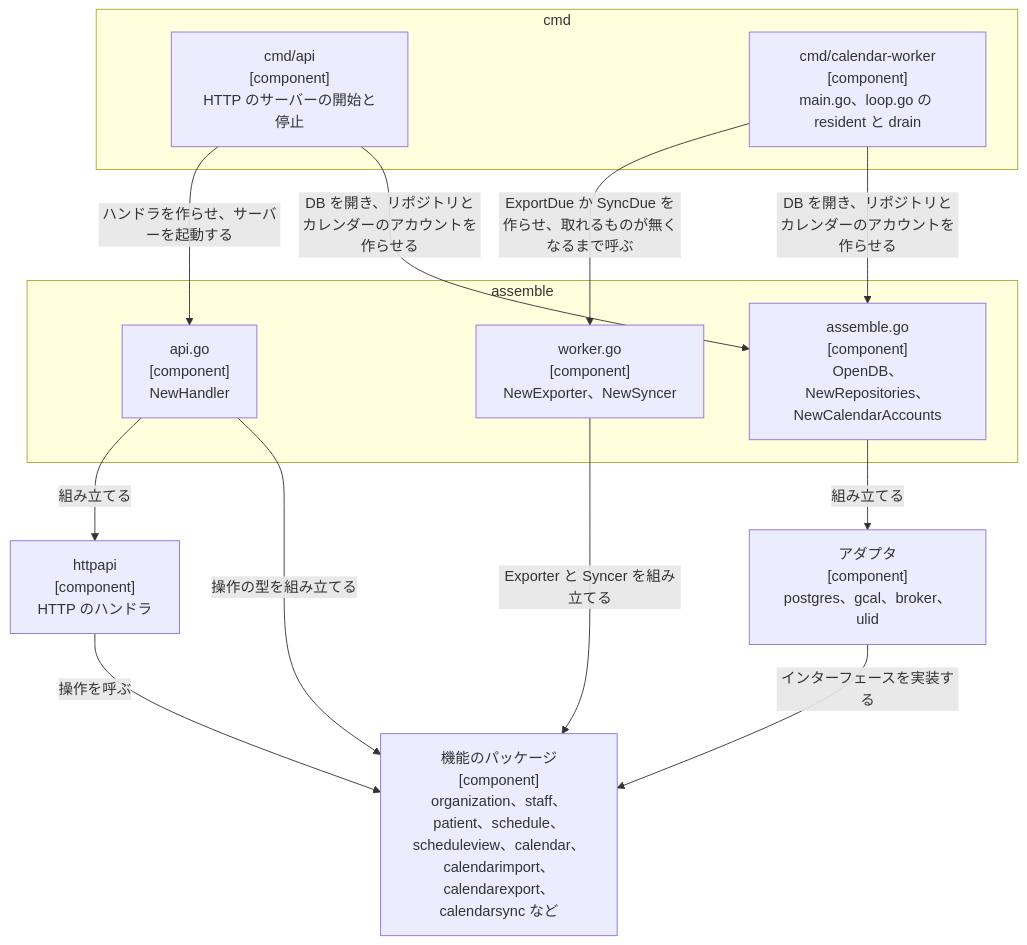
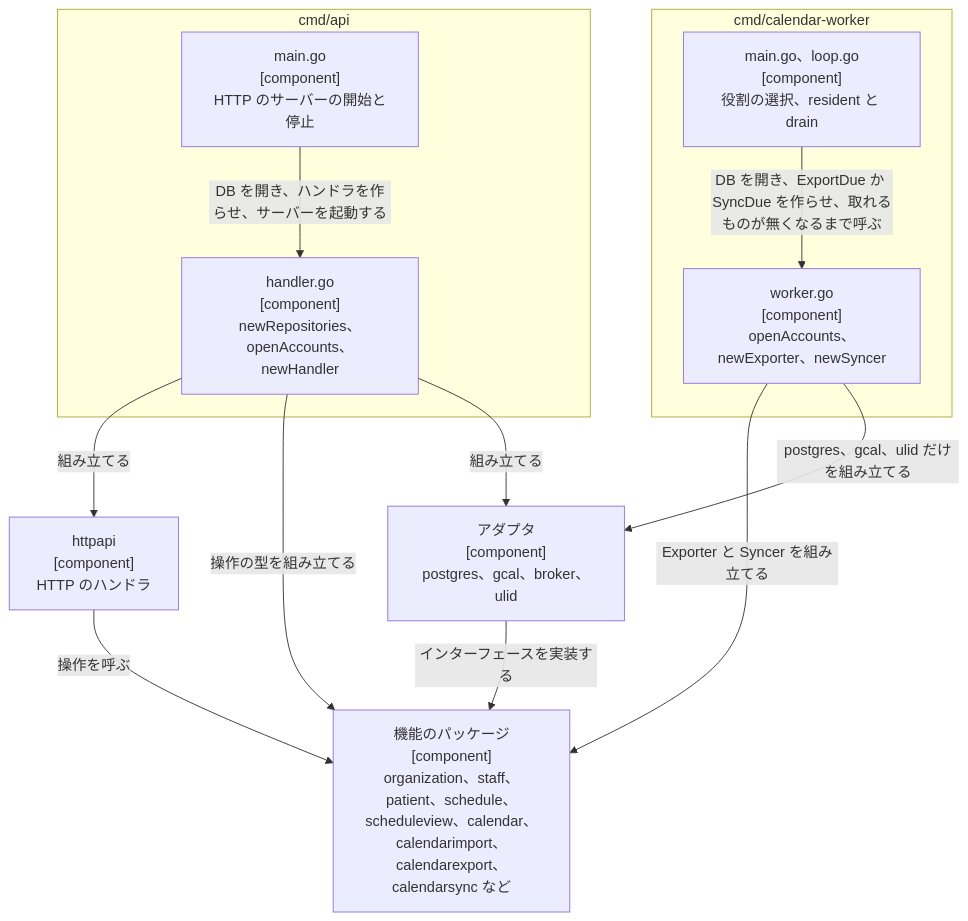
One commit to Fukuemon/buddy changed the first of 3 diagrams in services/schedule/DesignDoc.md. Above: the diagram before and after it, drawn with Mermaid. The commit also changed other lines of this file and 5 other files, not shown here.

Commit message:
docs: 予定の API の組み立ての場所を各 cmd に直す #781

````diff
--- a/services/schedule/DesignDoc.md
+++ b/services/schedule/DesignDoc.md
@@ -68,25 +69,23 @@
 ```mermaid
 flowchart TB
-  subgraph cmd["cmd"]
-    api["cmd/api<br/>[component]<br/>HTTP のサーバーの開始と停止"]
-    worker["cmd/calendar-worker<br/>[component]<br/>main.go、loop.go の resident と drain"]
+  subgraph api["cmd/api"]
+    apimain["main.go<br/>[component]<br/>HTTP のサーバーの開始と停止"]
+    apihandler["handler.go<br/>[component]<br/>newRepositories、openAccounts、newHandler"]
   end
-  subgraph assemble["assemble"]
-    asmapi["api.go<br/>[component]<br/>NewHandler"]
-    asmworker["worker.go<br/>[component]<br/>NewExporter、NewSyncer"]
-    asmshared["assemble.go<br/>[component]<br/>OpenDB、NewRepositories、NewCalendarAccounts"]
+  subgraph worker["cmd/calendar-worker"]
+    workermain["main.go、loop.go<br/>[component]<br/>役割の選択、resident と drain"]
+    workerasm["worker.go<br/>[component]<br/>openAccounts、newExporter、newSyncer"]
   end
   httpapi["httpapi<br/>[component]<br/>HTTP のハンドラ"]
   features["機能のパッケージ<br/>[component]<br/>organization、staff、patient、schedule、scheduleview、calendar、calendarimport、calendarexport、calendarsync など"]
   adapters["アダプタ<br/>[component]<br/>postgres、gcal、broker、ulid"]
-  api -- "ハンドラを作らせ、サーバーを起動する" --> asmapi
-  api -- "DB を開き、リポジトリとカレンダーのアカウントを作らせる" --> asmshared
-  worker -- "ExportDue か SyncDue を作らせ、取れるものが無くなるまで呼ぶ" --> asmworker
-  worker -- "DB を開き、リポジトリとカレンダーのアカウントを作らせる" --> asmshared
-  asmapi -- "組み立てる" --> httpapi
-  asmapi -- "操作の型を組み立てる" --> features
-  asmworker -- "Exporter と Syncer を組み立てる" --> features
-  asmshared -- "組み立てる" --> adapters
+  apimain -- "DB を開き、ハンドラを作らせ、サーバーを起動する" --> apihandler
+  workermain -- "DB を開き、ExportDue か SyncDue を作らせ、取れるものが無くなるまで呼ぶ" --> workerasm
+  apihandler -- "組み立てる" --> httpapi
+  apihandler -- "操作の型を組み立てる" --> features
+  apihandler -- "組み立てる" --> adapters
+  workerasm -- "Exporter と Syncer を組み立てる" --> features
+  workerasm -- "postgres、gcal、ulid だけを組み立てる" --> adapters
   httpapi -- "操作を呼ぶ" --> features
   adapters -- "インターフェースを実装する" --> features
 ```
````
